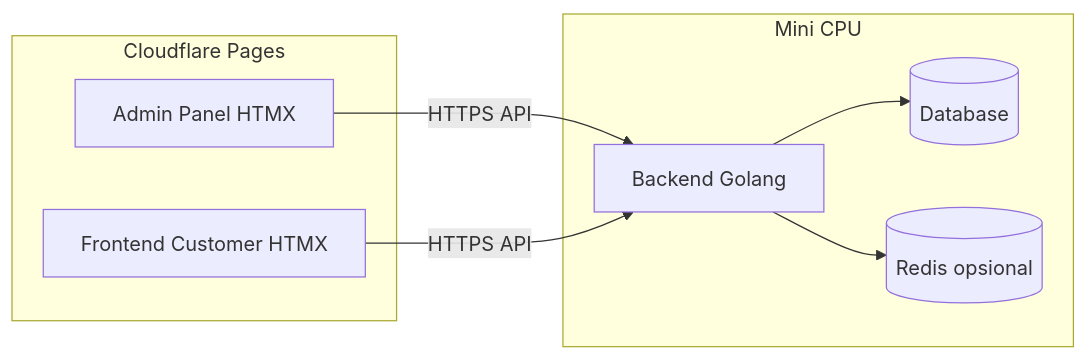
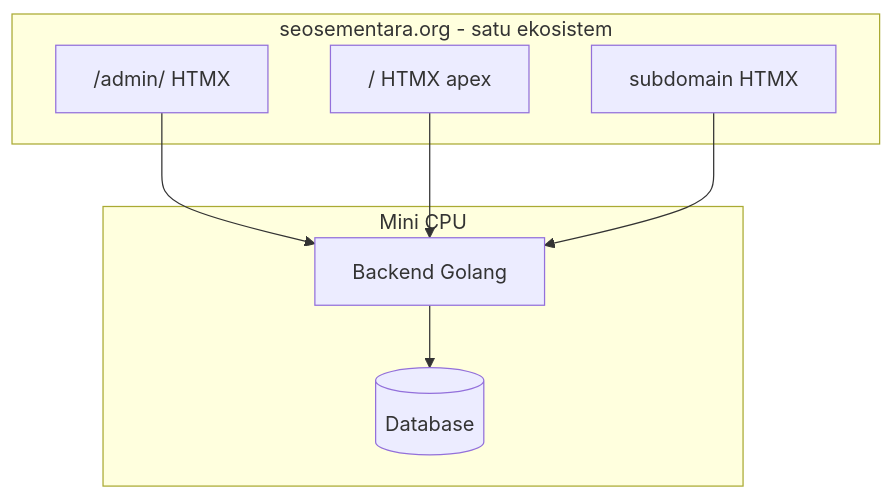
One commit to WBetEngine/Seosementara changed the diagram in Plan/01-visi-dan-gambaran-sistem-cms.md. Above: the diagram before and after it, drawn with Mermaid. The commit also changed other lines of this file and 9 other files, not shown here.

First line of the commit message:
Revisi Plan: model domain tunggal, /admin/, subdomain, ribuan domain

````diff
--- a/Plan/01-visi-dan-gambaran-sistem-cms.md
+++ b/Plan/01-visi-dan-gambaran-sistem-cms.md
@@ -37,16 +38,16 @@
 ```mermaid
-flowchart LR
-  subgraph cf [Cloudflare Pages]
-    Admin[Admin Panel HTMX]
-    Users[Frontend Customer HTMX]
+flowchart TB
+  subgraph product [seosementara.org - satu ekosistem]
+    Admin["/admin/ HTMX"]
+    Apex["/ HTMX apex"]
+    Sub["subdomain HTMX"]
   end
   subgraph mini [Mini CPU]
-    API[Backend Golang]
+    Go[Backend Golang]
     DB[(Database)]
-    Cache[(Redis opsional)]
   end
-  Admin -->|HTTPS API| API
-  Users -->|HTTPS API| API
-  API --> DB
-  API --> Cache
+  Admin --> Go
+  Apex --> Go
+  Sub --> Go
+  Go --> DB
 ```
````
